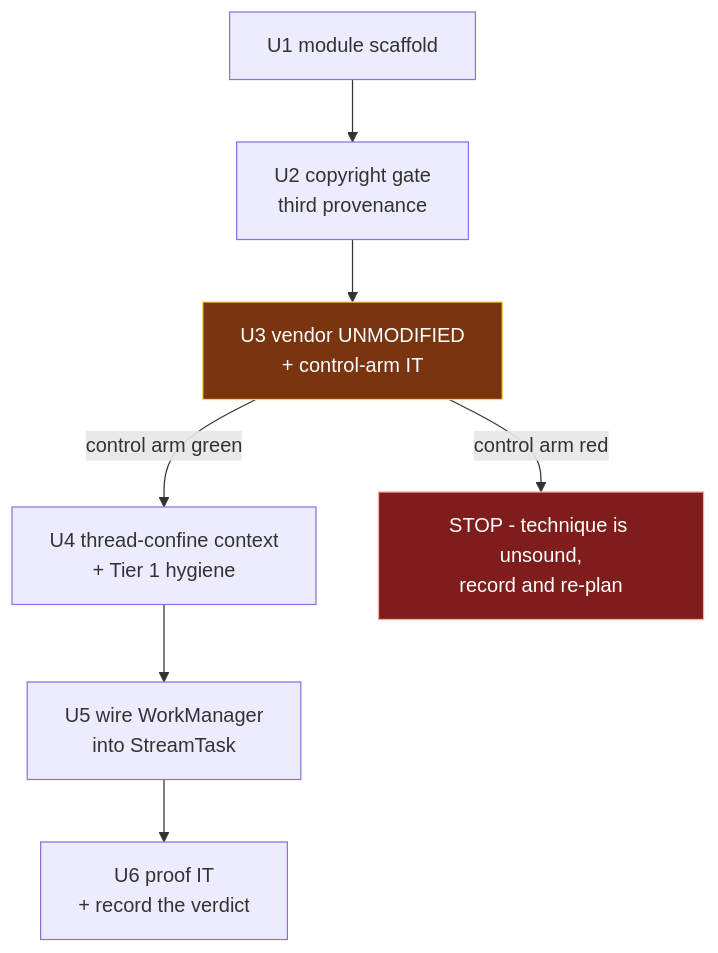
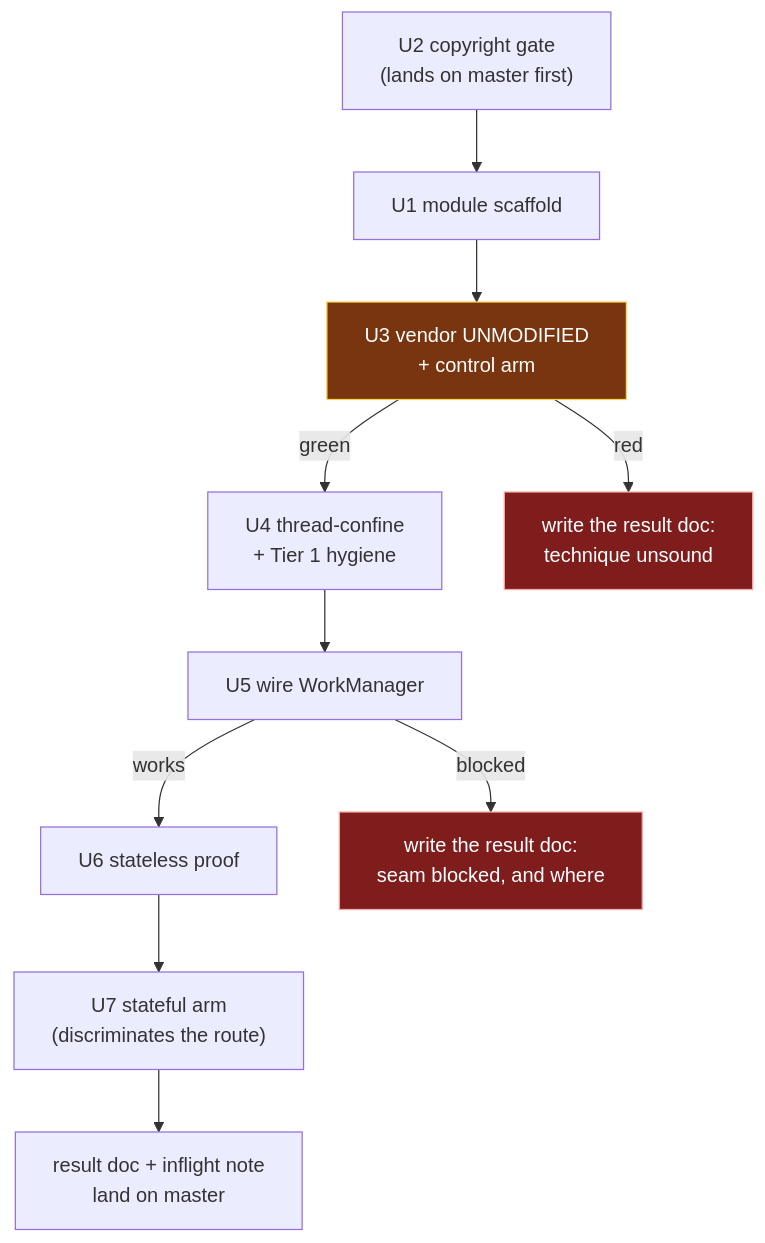
One commit to astubbs/parallel-consumer changed the second of 2 diagrams in docs/plans/2026-08-08-001-feat-ks-on-pc-spike-plan.md. Above: the diagram before and after it, drawn with Mermaid. The commit also changed other lines of this file, not shown here.

First line of the commit message:
docs(plan) astubbs#255: re-cut the spike plan after review found two P0s

````diff
--- a/docs/plans/2026-08-08-001-feat-ks-on-pc-spike-plan.md
+++ b/docs/plans/2026-08-08-001-feat-ks-on-pc-spike-plan.md
@@ -175,12 +245,16 @@
 ```mermaid
 flowchart TD
-    U1["U1 module scaffold"] --> U2["U2 copyright gate<br/>third provenance"]
-    U2 --> U3["U3 vendor UNMODIFIED<br/>+ control-arm IT"]
-    U3 -->|"control arm green"| U4["U4 thread-confine context<br/>+ Tier 1 hygiene"]
-    U3 -->|"control arm red"| STOP["STOP - technique is unsound,<br/>record and re-plan"]
-    U4 --> U5["U5 wire WorkManager<br/>into StreamTask"]
-    U5 --> U6["U6 proof IT<br/>+ record the verdict"]
+    U2["U2 copyright gate<br/>(lands on master first)"] --> U1["U1 module scaffold"]
+    U1 --> U3["U3 vendor UNMODIFIED<br/>+ control arm"]
+    U3 -->|"green"| U4["U4 thread-confine<br/>+ Tier 1 hygiene"]
+    U3 -->|"red"| STOP1["write the result doc:<br/>technique unsound"]
+    U4 --> U5["U5 wire WorkManager"]
+    U5 -->|"works"| U6["U6 stateless proof"]
+    U5 -->|"blocked"| STOP2["write the result doc:<br/>seam blocked, and where"]
+    U6 --> U7["U7 stateful arm<br/>(discriminates the route)"]
+    U7 --> DOC["result doc + inflight note<br/>land on master"]
 
-    style STOP fill:#7f1d1d,stroke:#fca5a5,color:#fff
+    style STOP1 fill:#7f1d1d,stroke:#fca5a5,color:#fff
+    style STOP2 fill:#7f1d1d,stroke:#fca5a5,color:#fff
     style U3 fill:#78350f,stroke:#fcd34d,color:#fff
 ```
````
